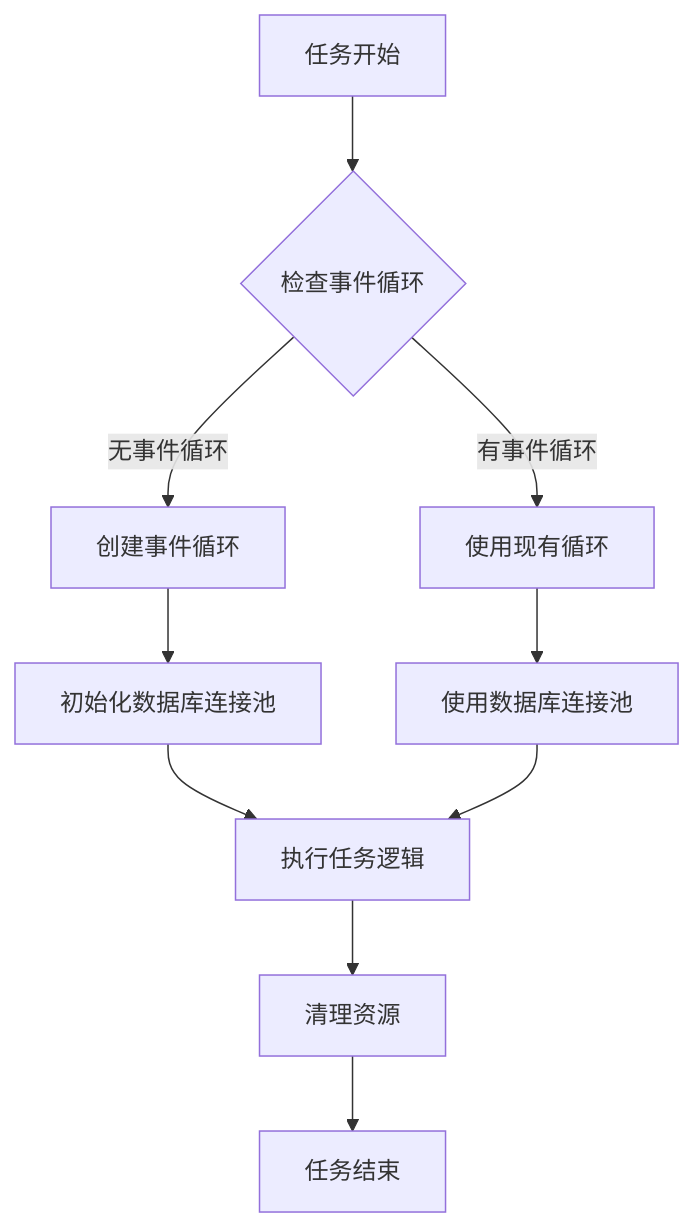
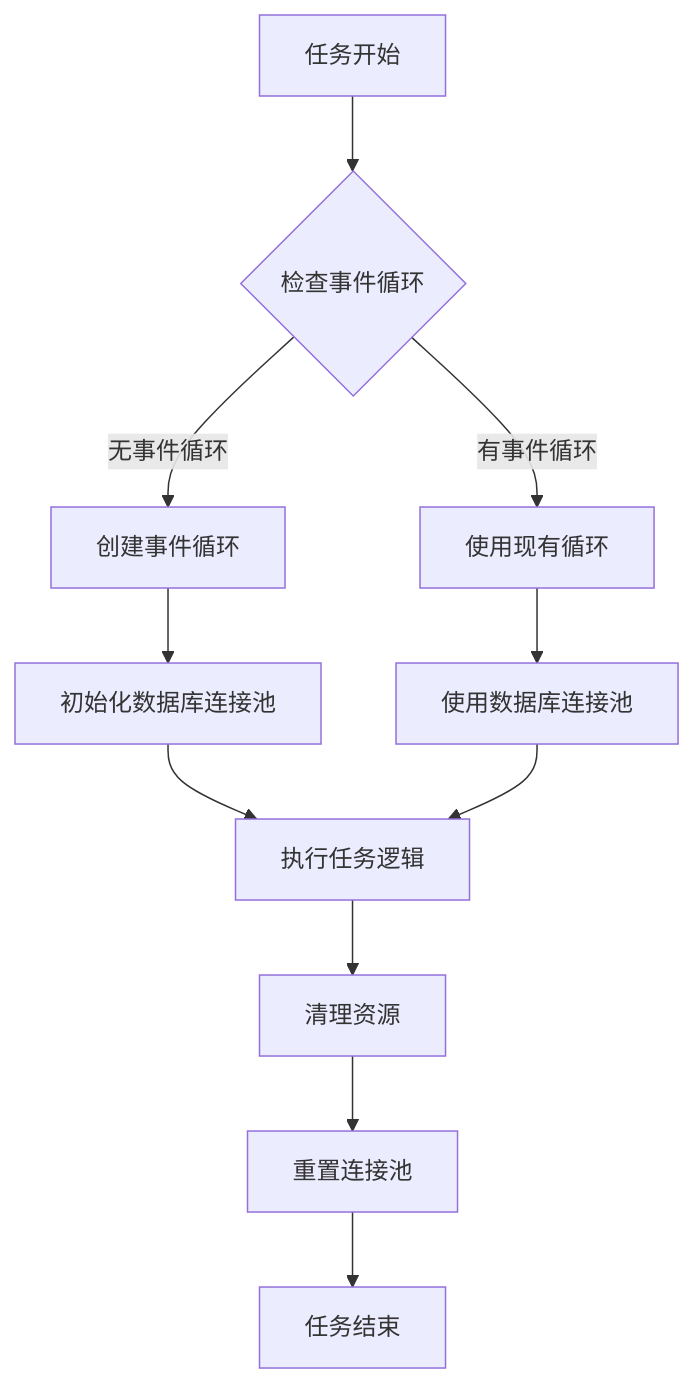
The tenth of 12 diagrams in .qoder/repowiki/zh/content/数据库集成/连接池管理.md (lilinzezzzzzz/fastapi-backend), drawn with Mermaid before and after one commit. The commit also changed other lines of this file and 42 other files, not shown here.

````diff
--- a/.qoder/repowiki/zh/content/数据库集成/连接池管理.md
+++ b/.qoder/repowiki/zh/content/数据库集成/连接池管理.md
@@ -325,12 +422,13 @@
 ```mermaid
 flowchart TD
 TaskStart[任务开始] --> CheckLoop{检查事件循环}
 CheckLoop --> |无事件循环| CreateLoop[创建事件循环]
 CheckLoop --> |有事件循环| UseExisting[使用现有循环]
 CreateLoop --> InitDB[初始化数据库连接池]
 UseExisting --> UseDB[使用数据库连接池]
 InitDB --> RunTask[执行任务逻辑]
 UseDB --> RunTask
 RunTask --> Cleanup[清理资源]
-Cleanup --> TaskEnd[任务结束]
+Cleanup --> ResetDB[重置连接池]
+ResetDB --> TaskEnd[任务结束]
 ```
````
